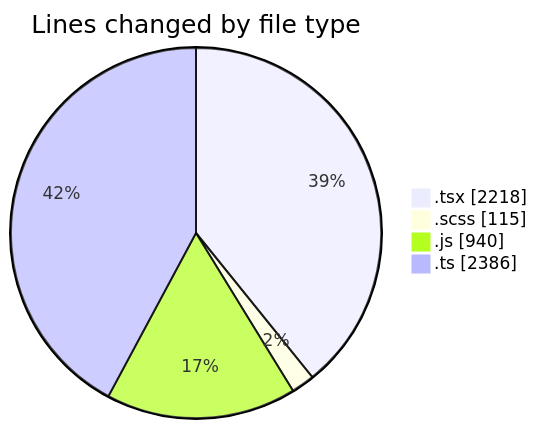
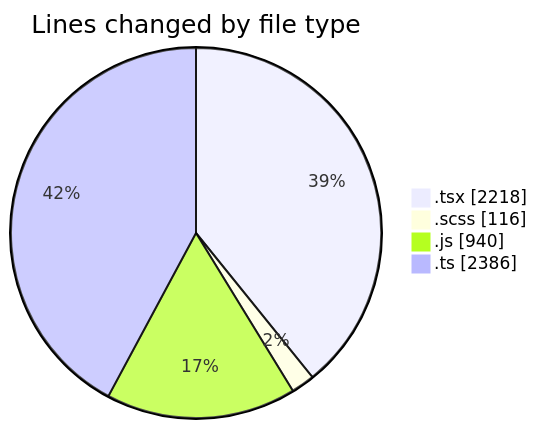
Before and after one commit to momahboobian/code-tracking: the first of 2 diagrams in 2026-07-15/cda/README.md, drawn with Mermaid. The commit also changed other lines of this file and 1 other file, not shown here.

````diff
--- a/2026-07-15/cda/README.md
+++ b/2026-07-15/cda/README.md
@@ -50,8 +50,8 @@
 ```mermaid
 pie showData
 title Lines changed by file type
 ".tsx" : 2218
-".scss" : 115
+".scss" : 116
 ".js" : 940
 ".ts" : 2386
 ```
````
